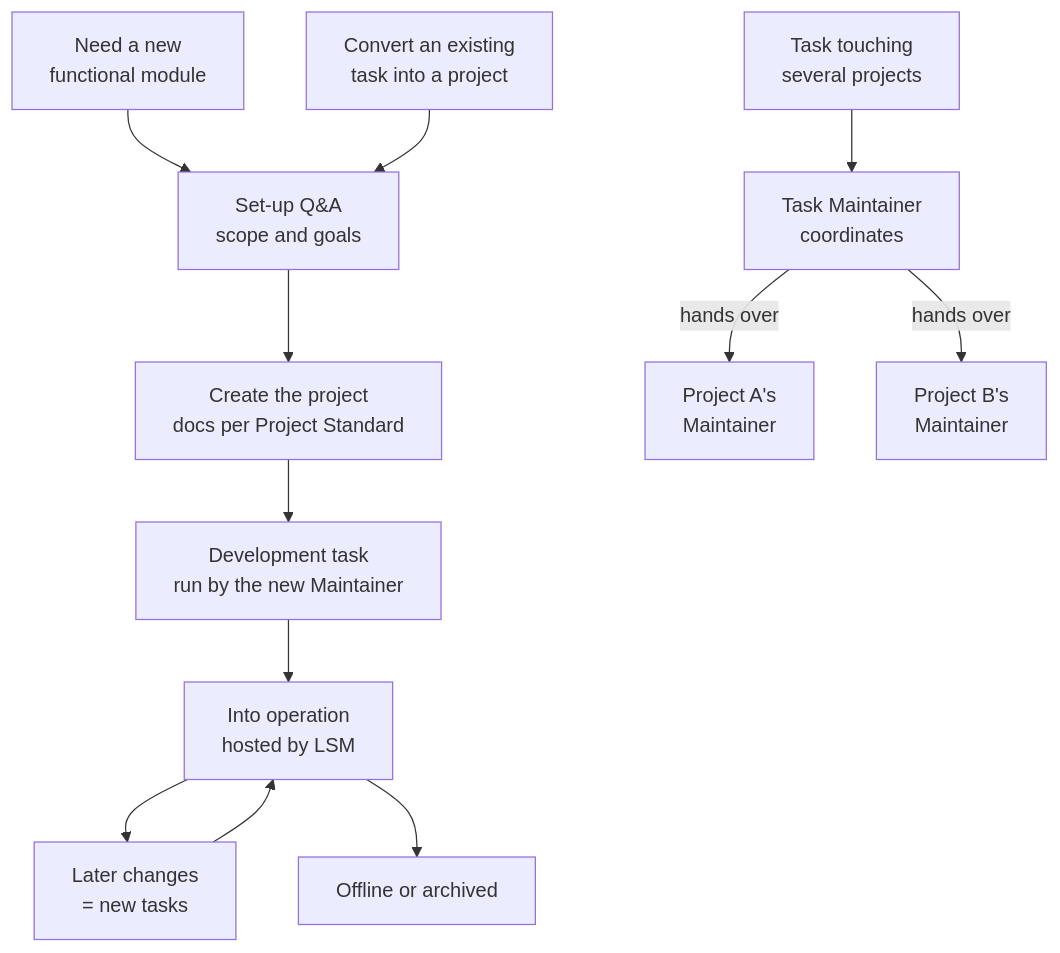
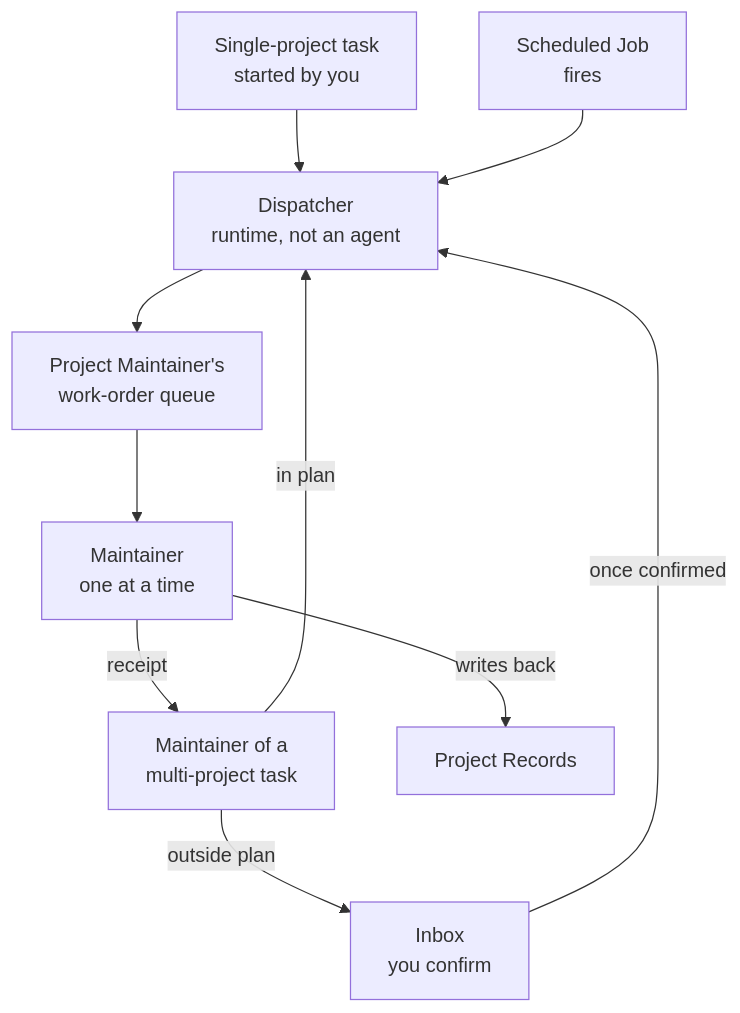
One commit to catmaniii/ergo changed the sixth of 9 diagrams in README.en.md. Above: the diagram before and after it, drawn with Mermaid. The commit also changed other lines of this file and 34 other files, not shown here.

````diff
--- a/README.en.md
+++ b/README.en.md
@@ -189,15 +241,21 @@
 ```mermaid
 flowchart TB
-    NEED["Need a new<br/>functional module"] --> SETUP["Set-up Q&A<br/>scope and goals"]
-    CONV["Convert an existing<br/>task into a project"] --> SETUP
-    SETUP --> CREATE["Create the project<br/>docs per Project Standard"]
-    CREATE --> DEV["Development task<br/>run by the new Maintainer"]
-    DEV --> OPS["Into operation<br/>hosted by LSM"]
-    OPS --> CHANGE["Later changes<br/>= new tasks"]
-    CHANGE --> OPS
-    OPS --> OFF["Offline or archived"]
+    U["Single-project task<br/>started by you"]
+    T["Maintainer of a<br/>multi-project task"]
+    S["Scheduled Job<br/>fires"]
+    I["Inbox<br/>you confirm"]
+    D["Dispatcher<br/>runtime, not an agent"]
+    Q["Project Maintainer's<br/>work-order queue"]
+    M["Maintainer<br/>one at a time"]
+    R["Project Records"]
 
-    MULTI["Task touching<br/>several projects"] --> TM["Task Maintainer<br/>coordinates"]
-    TM -->|"hands over"| PA["Project A's<br/>Maintainer"]
-    TM -->|"hands over"| PB["Project B's<br/>Maintainer"]
+    U --> D
+    T -->|"in plan"| D
+    T -->|"outside plan"| I
+    I -->|"once confirmed"| D
+    S --> D
+    D --> Q
+    Q --> M
+    M -->|"receipt"| T
+    M -->|"writes back"| R
 ```
````
